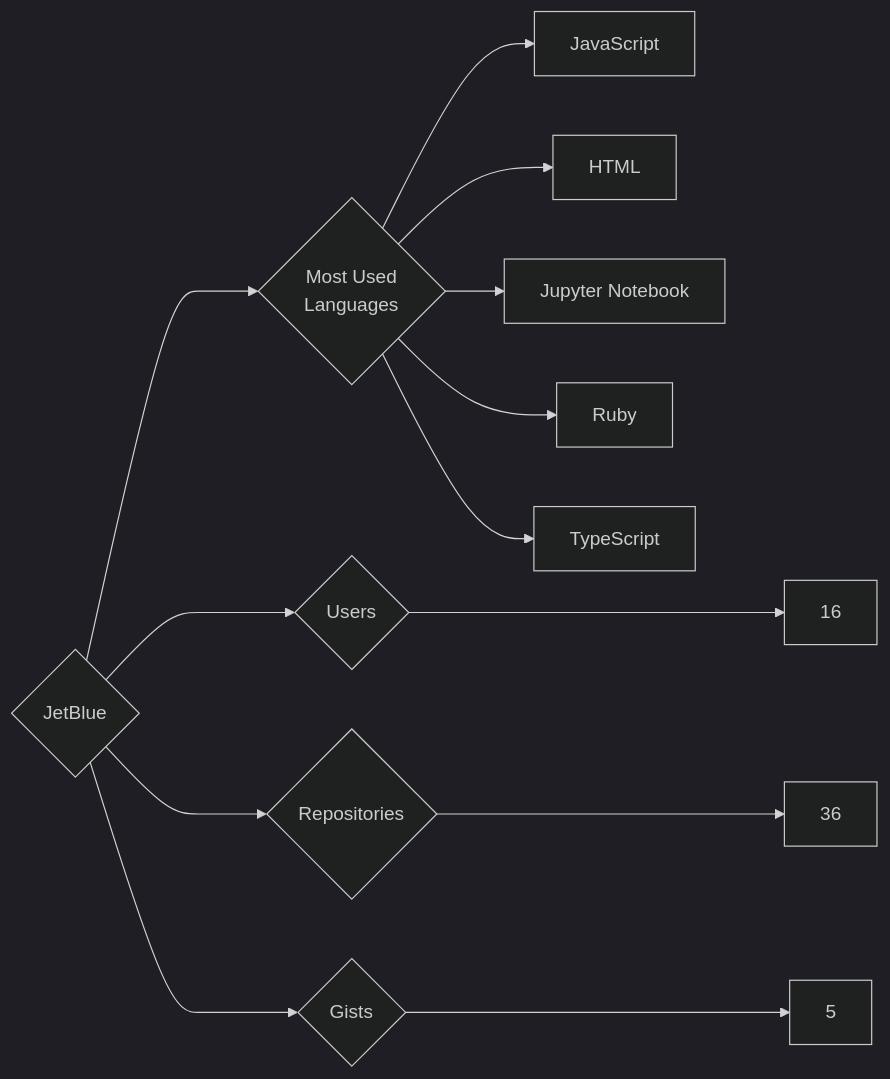
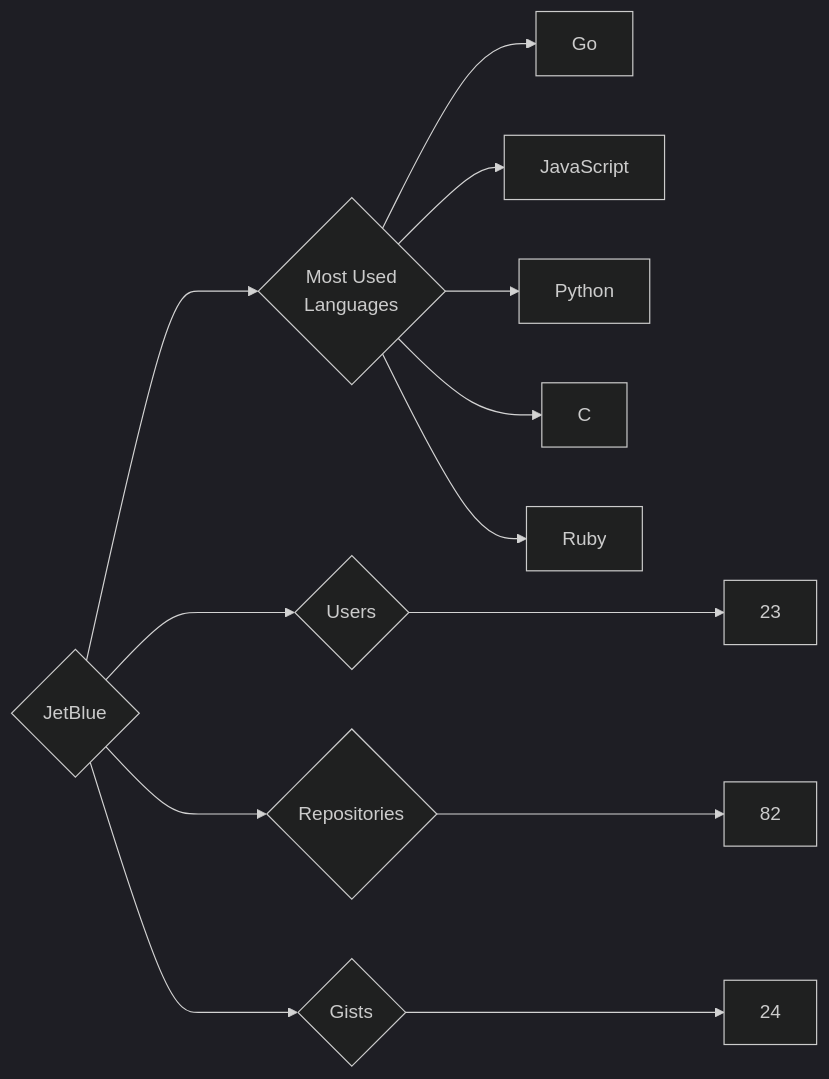
One commit to trickest/insiders changed the diagram in targets/JetBlue/README.md. Above: the diagram before and after it, drawn with Mermaid (dark theme). The commit also changed 720 other files, not shown here.

````diff
--- a/targets/JetBlue/README.md
+++ b/targets/JetBlue/README.md
@@ -3,13 +3,13 @@
 ```mermaid
 graph LR
 COMPANY_NAME{JetBlue}
-COMPANY_NAME ---> U{Users} ---> UN[16]
-COMPANY_NAME ---> R{Repositories} ---> RN[36]
-COMPANY_NAME ---> G{Gists} ---> GN[5]
+COMPANY_NAME ---> U{Users} ---> UN[23]
+COMPANY_NAME ---> R{Repositories} ---> RN[82]
+COMPANY_NAME ---> G{Gists} ---> GN[24]
 COMPANY_NAME ---> ML{Most Used<br>Languages}
+ML --> Go[Go]
 ML --> JavaScript[JavaScript]
-ML --> HTML[HTML]
-ML --> Jupyter_Notebook[Jupyter Notebook]
+ML --> Python[Python]
+ML --> C[C]
 ML --> Ruby[Ruby]
-ML --> TypeScript[TypeScript]
 ```
````
